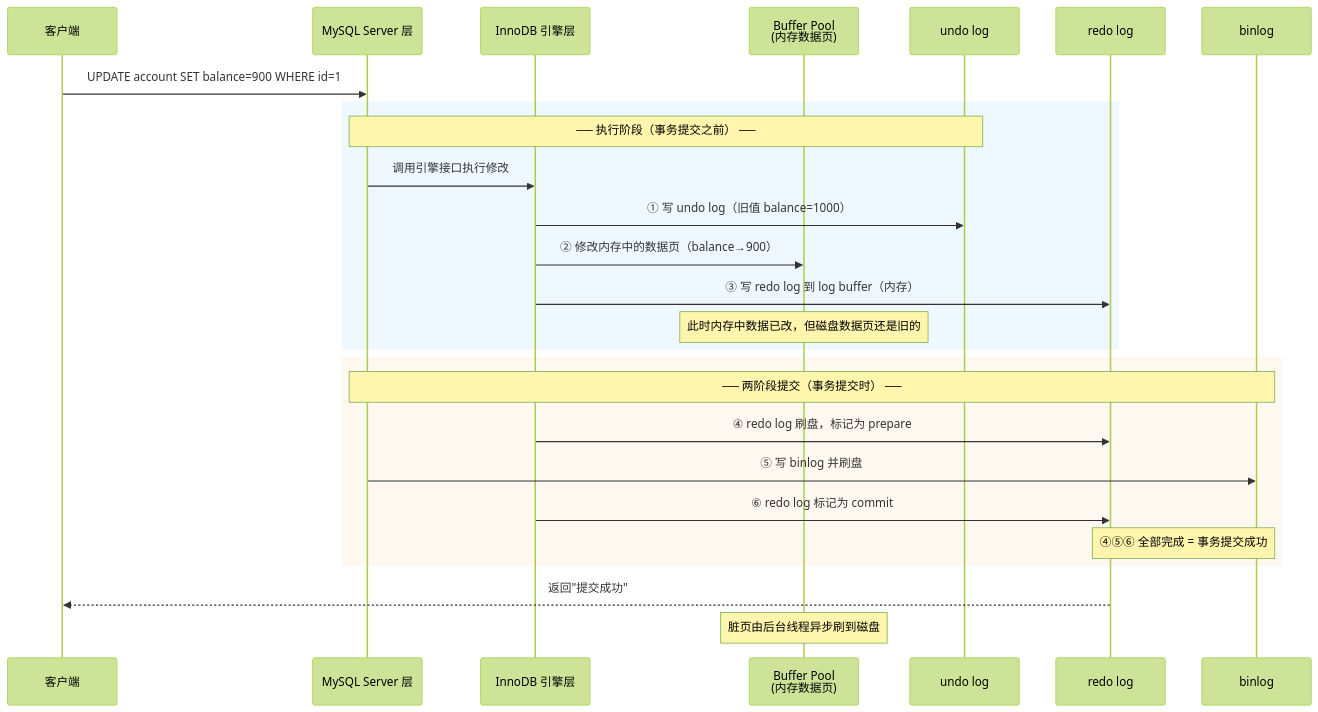
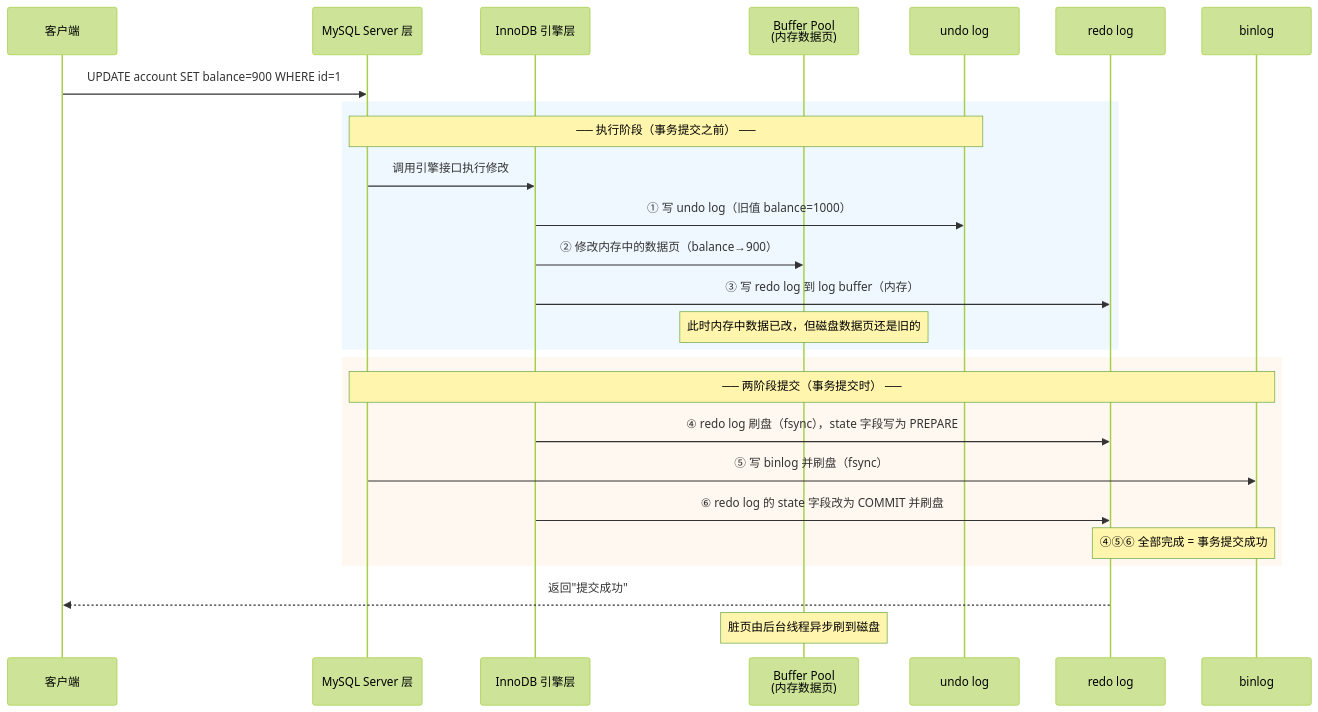
One commit to LiPingjiang/Full-Stack-Knowledge-Book changed the fifth of 6 diagrams in part3-java-deep/09-数据库MySQL.md. Above: the diagram before and after it, drawn with Mermaid (forest theme). The commit also changed other lines of this file, not shown here.

Commit message:
docs(09-MySQL): 补充刷盘两步机制(write+fsync)、prepare/commit状态字段解释、flush_log_at_trx_commit策略表

````diff
--- a/part3-java-deep/09-数据库MySQL.md
+++ b/part3-java-deep/09-数据库MySQL.md
@@ -552,32 +552,32 @@
 ```mermaid
 sequenceDiagram
     participant Client as 客户端
     participant Server as MySQL Server 层
     participant Engine as InnoDB 引擎层
     participant Buffer as Buffer Pool<br/>(内存数据页)
     participant Undo as undo log
     participant Redo as redo log
     participant Bin as binlog
 
     Client->>Server: UPDATE account SET balance=900 WHERE id=1
 
     rect rgb(240, 248, 255)
     Note over Server,Undo: ── 执行阶段（事务提交之前） ──
     Server->>Engine: 调用引擎接口执行修改
     Engine->>Undo: ① 写 undo log（旧值 balance=1000）
     Engine->>Buffer: ② 修改内存中的数据页（balance→900）
     Engine->>Redo: ③ 写 redo log 到 log buffer（内存）
     Note over Buffer: 此时内存中数据已改，但磁盘数据页还是旧的
     end
 
     rect rgb(255, 248, 240)
     Note over Server,Bin: ── 两阶段提交（事务提交时） ──
-    Engine->>Redo: ④ redo log 刷盘，标记为 prepare
-    Server->>Bin: ⑤ 写 binlog 并刷盘
-    Engine->>Redo: ⑥ redo log 标记为 commit
+    Engine->>Redo: ④ redo log 刷盘（fsync），state 字段写为 PREPARE
+    Server->>Bin: ⑤ 写 binlog 并刷盘（fsync）
+    Engine->>Redo: ⑥ redo log 的 state 字段改为 COMMIT 并刷盘
     Note over Redo,Bin: ④⑤⑥ 全部完成 = 事务提交成功
     end
 
     Redo-->>Client: 返回"提交成功"
     Note over Buffer: 脏页由后台线程异步刷到磁盘
 ```
````
